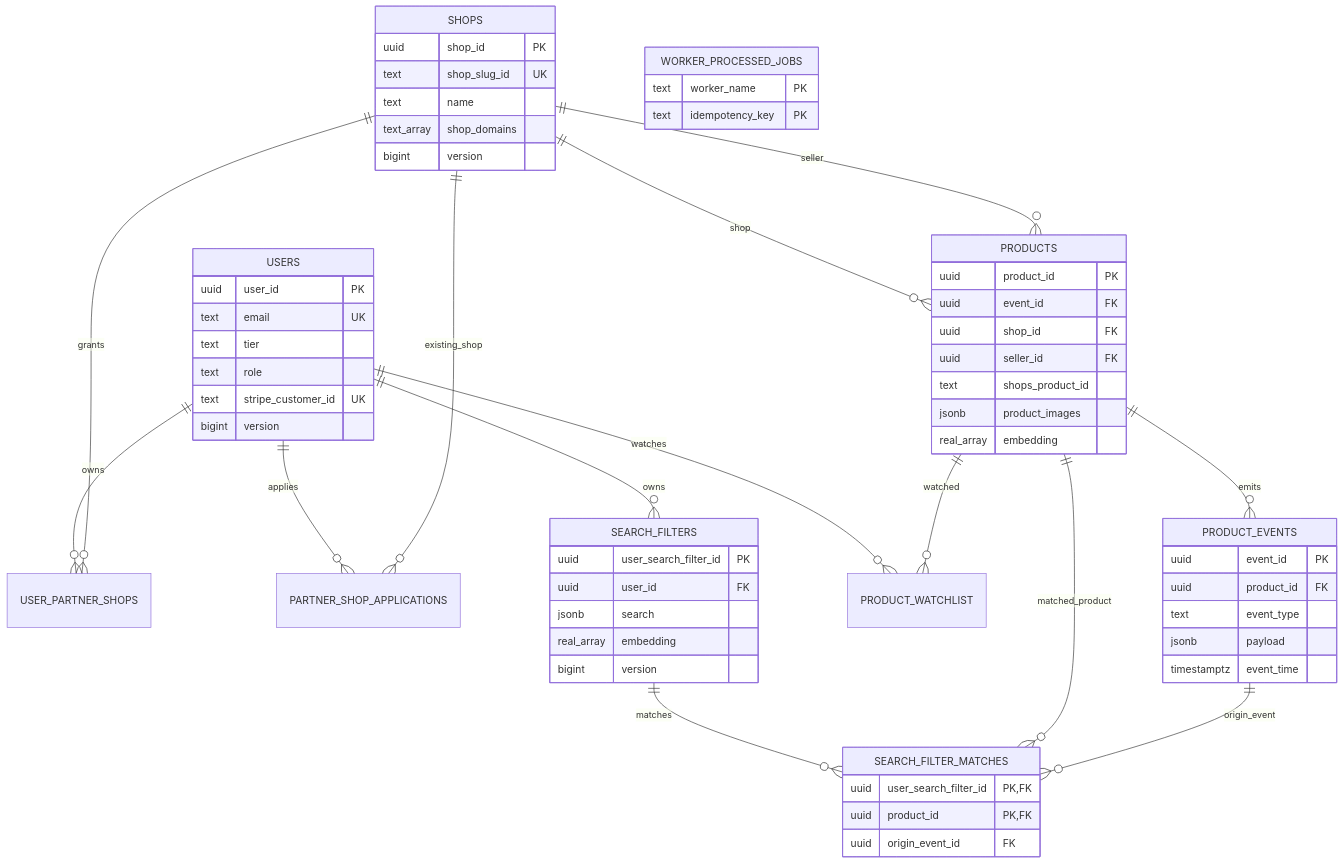
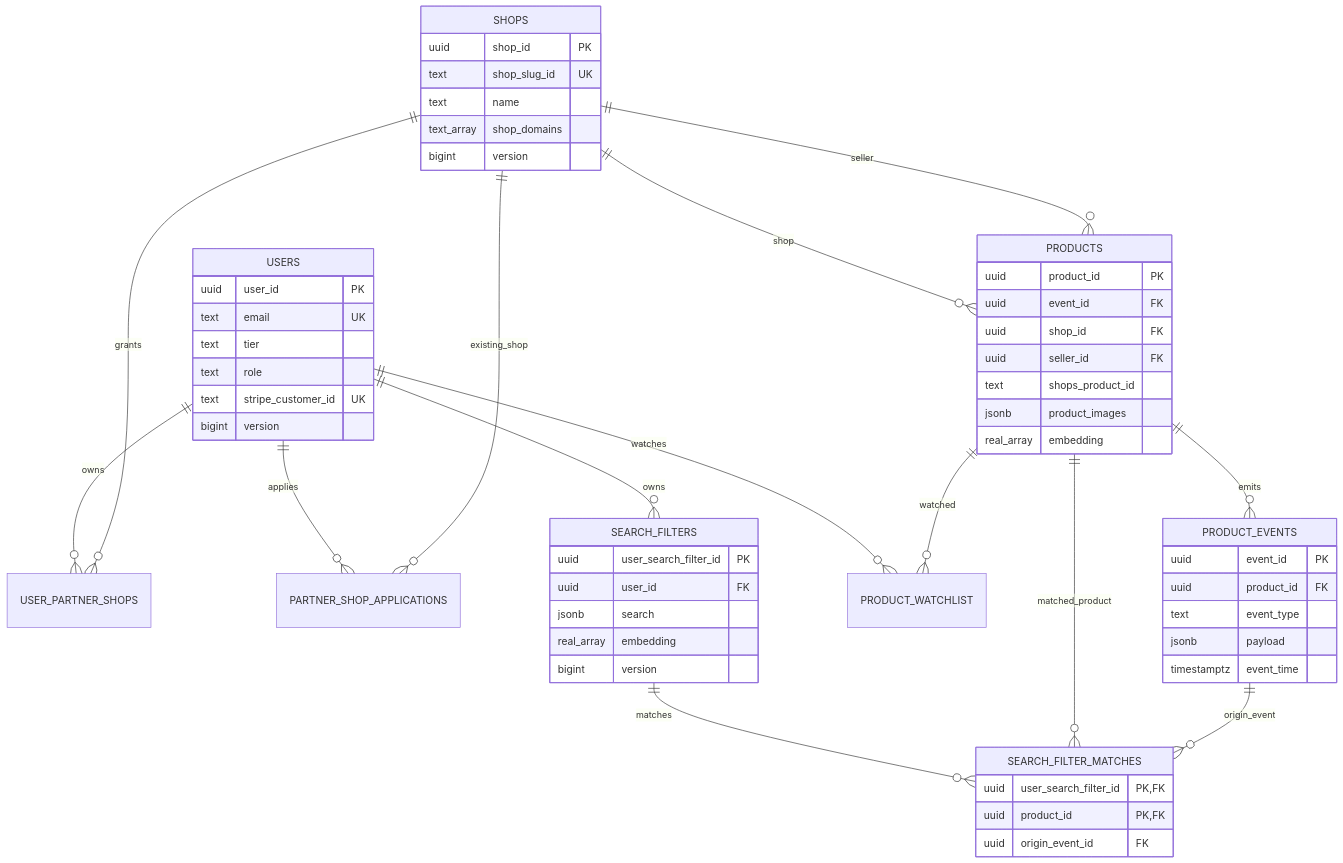
The diagram in docs/storage.md (aura-historia/backend), drawn with Mermaid before and after one commit. The commit also changed other lines of this file and 2 other files, not shown here.

Commit message:
Remove worker tables from migration MVP

````diff
--- a/docs/storage.md
+++ b/docs/storage.md
@@ -89,64 +89,61 @@
 ```mermaid
 erDiagram
     USERS ||--o{ USER_PARTNER_SHOPS : owns
     SHOPS ||--o{ USER_PARTNER_SHOPS : grants
     USERS ||--o{ PARTNER_SHOP_APPLICATIONS : applies
     SHOPS ||--o{ PARTNER_SHOP_APPLICATIONS : existing_shop
     SHOPS ||--o{ PRODUCTS : shop
     SHOPS ||--o{ PRODUCTS : seller
     PRODUCTS ||--o{ PRODUCT_EVENTS : emits
     USERS ||--o{ PRODUCT_WATCHLIST : watches
     PRODUCTS ||--o{ PRODUCT_WATCHLIST : watched
     USERS ||--o{ SEARCH_FILTERS : owns
     SEARCH_FILTERS ||--o{ SEARCH_FILTER_MATCHES : matches
     PRODUCTS ||--o{ SEARCH_FILTER_MATCHES : matched_product
     PRODUCT_EVENTS ||--o{ SEARCH_FILTER_MATCHES : origin_event
 
     USERS {
         uuid user_id PK
         text email UK
         text tier
         text role
         text stripe_customer_id UK
         bigint version
     }
     SHOPS {
         uuid shop_id PK
         text shop_slug_id UK
         text name
         text_array shop_domains
         bigint version
     }
     PRODUCTS {
         uuid product_id PK
         uuid event_id FK
         uuid shop_id FK
         uuid seller_id FK
         text shops_product_id
         jsonb product_images
         real_array embedding
     }
     PRODUCT_EVENTS {
         uuid event_id PK
         uuid product_id FK
         text event_type
         jsonb payload
         timestamptz event_time
     }
     SEARCH_FILTERS {
         uuid user_search_filter_id PK
         uuid user_id FK
         jsonb search
         real_array embedding
         bigint version
     }
     SEARCH_FILTER_MATCHES {
         uuid user_search_filter_id PK,FK
         uuid product_id PK,FK
         uuid origin_event_id FK
     }
-    WORKER_PROCESSED_JOBS {
-        text worker_name PK
-        text idempotency_key PK
-    }
+
 ```
````
